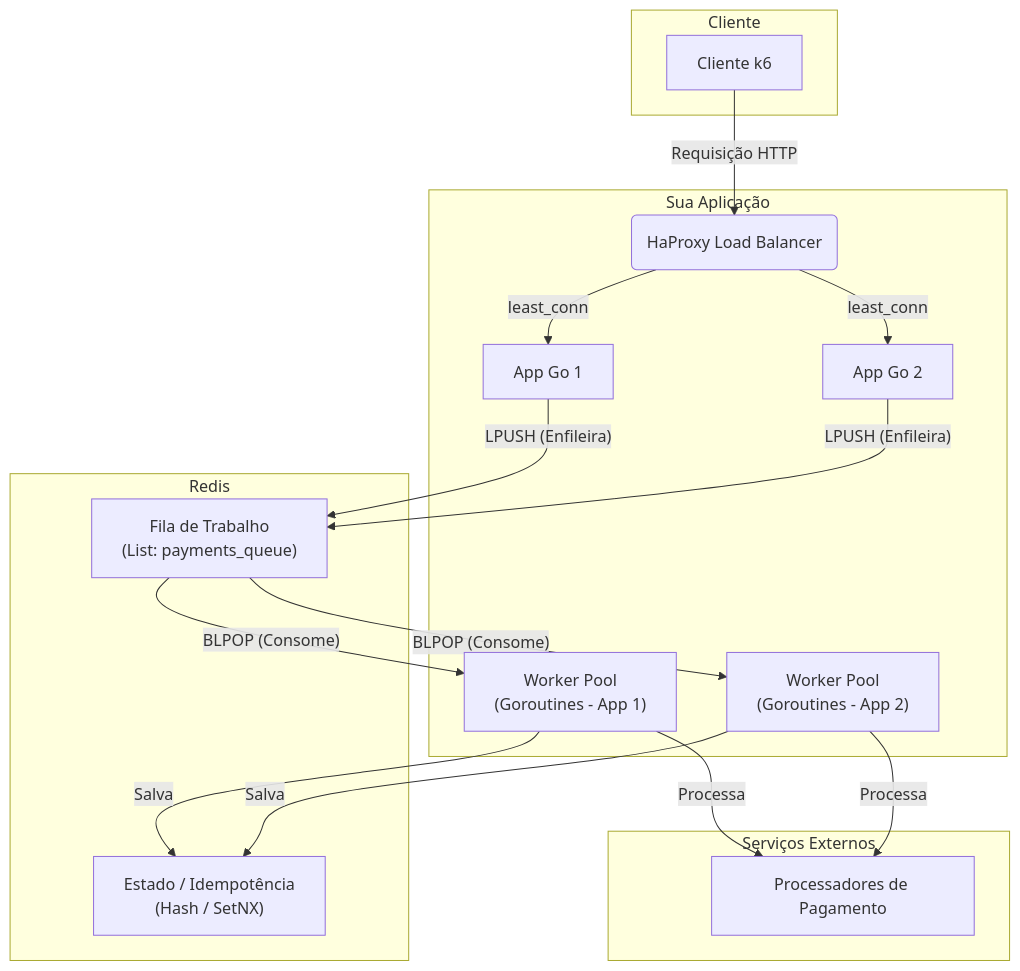
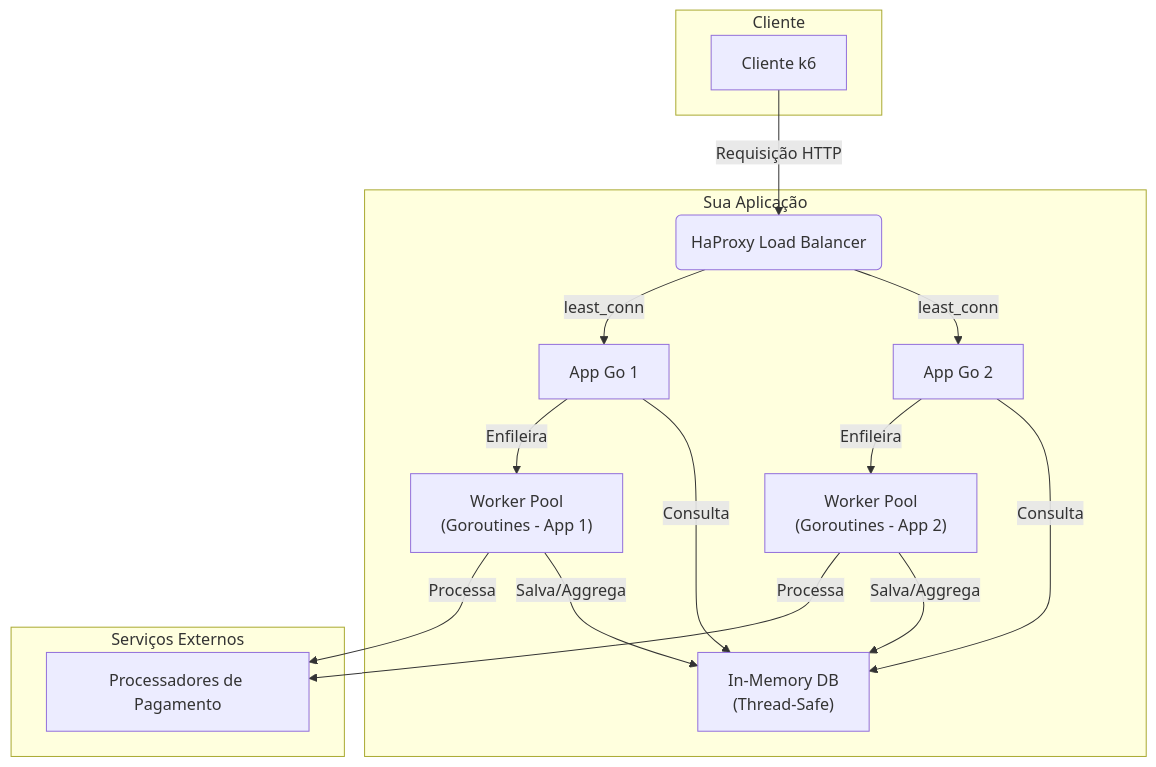
One commit to zanfranceschi/rinha-de-backend-2025 changed the diagram in participantes/rodrigo-militao-in-memory-v2/README.md. Above: the diagram before and after it, drawn with Mermaid. The commit also changed other lines of this file, not shown here.

````diff
--- a/participantes/rodrigo-militao-in-memory-v2/README.md
+++ b/participantes/rodrigo-militao-in-memory-v2/README.md
@@ -11,39 +14,35 @@
 ```mermaid
 graph TD
     subgraph Cliente
         A[Cliente k6]
     end
 
     subgraph "Sua Aplicação"
         B(HaProxy Load Balancer)
         C1[App Go 1]
         C2[App Go 2]
         E1["Worker Pool<br/>(Goroutines - App 1)"]
         E2["Worker Pool<br/>(Goroutines - App 2)"]
-    end
-
-    subgraph "Redis"
-        D["Fila de Trabalho<br/>(List: payments_queue)"]
-        H["Estado / Idempotência<br/>(Hash / SetNX)"]
+        F["In-Memory DB<br/>(Thread-Safe)"]
     end
 
     subgraph "Serviços Externos"
         G[Processadores de Pagamento]
     end
 
     A -- Requisição HTTP --> B
     B -- least_conn --> C1
     B -- least_conn --> C2
 
-    C1 -- LPUSH (Enfileira) --> D
-    C2 -- LPUSH (Enfileira) --> D
-
-    D -- BLPOP (Consome) --> E1
-    D -- BLPOP (Consome) --> E2
+    C1 -- Enfileira --> E1
+    C2 -- Enfileira --> E2
 
     E1 -- Processa --> G
     E2 -- Processa --> G
 
-    E1 -- Salva --> H
-    E2 -- Salva --> H
-``` 
+    E1 -- Salva/Aggrega --> F
+    E2 -- Salva/Aggrega --> F
+
+    C1 -- Consulta --> F
+    C2 -- Consulta --> F
+```
````
